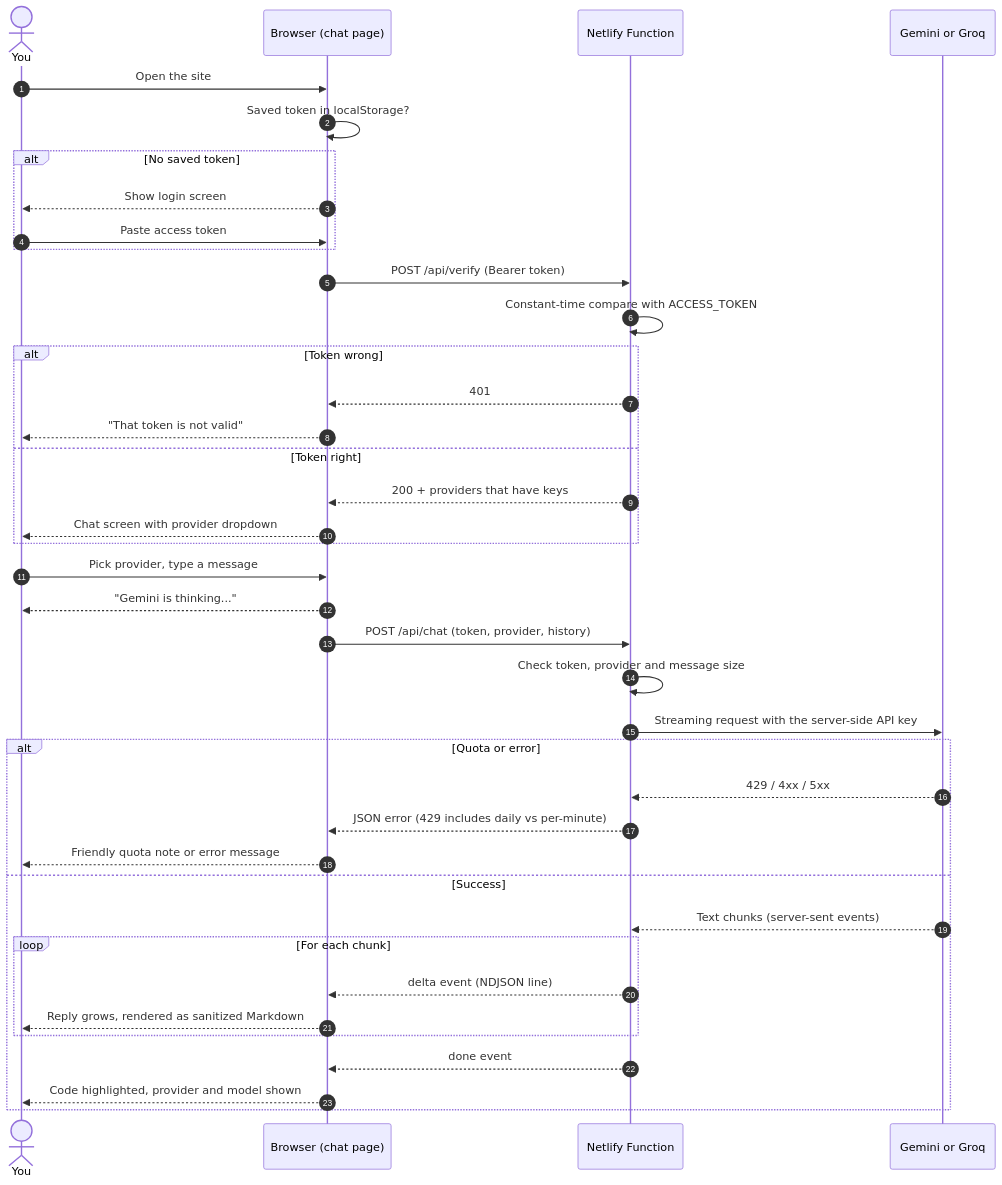
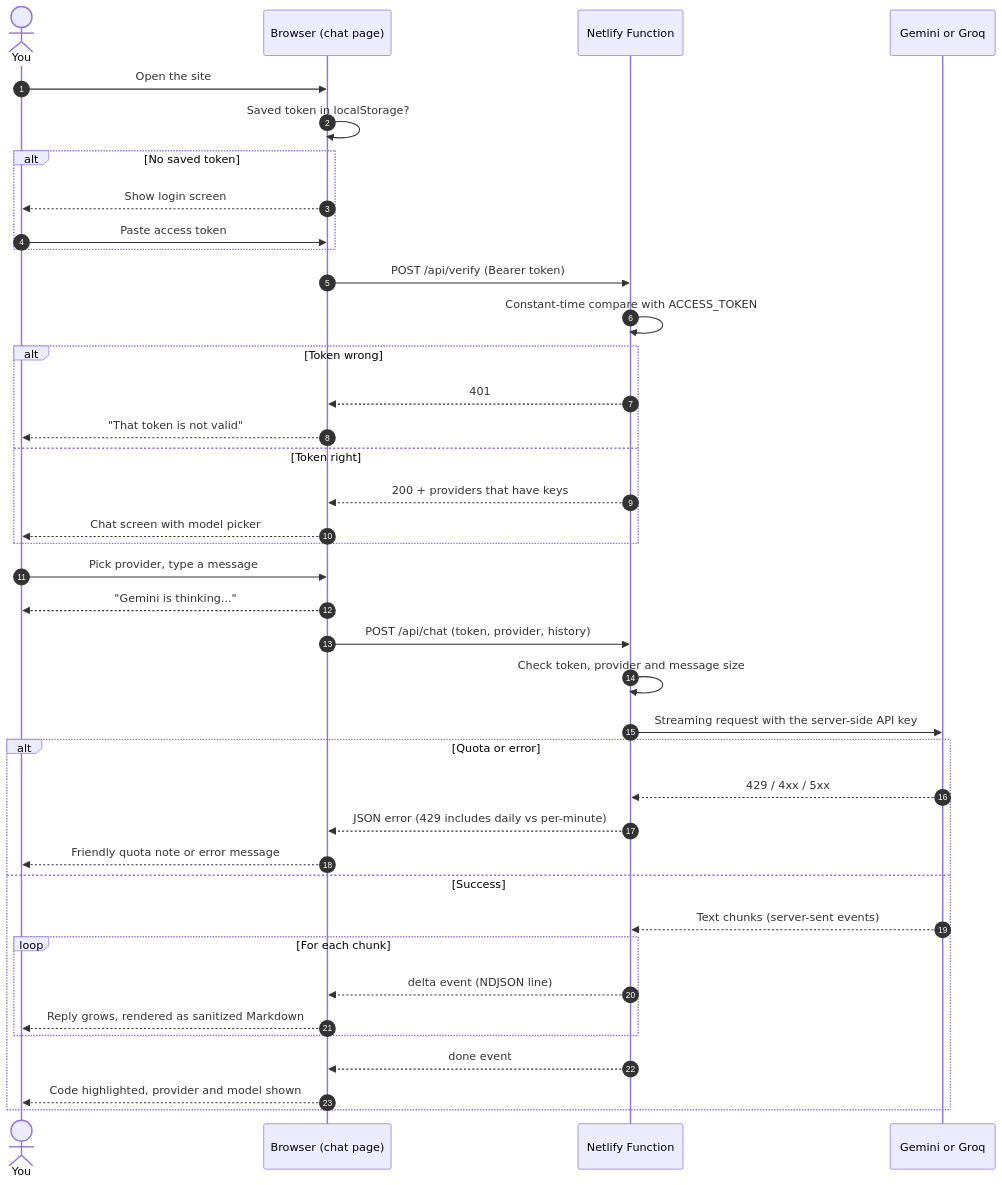
Before and after one commit to willamesoares/llmate: the second of 2 diagrams in README.md, drawn with Mermaid. The commit also changed other lines of this file and 9 other files, not shown here.

First line of the commit message:
Pick a model, grouped by provider, instead of a provider

````diff
--- a/README.md
+++ b/README.md
@@ -135,43 +129,43 @@
 ```mermaid
 sequenceDiagram
     autonumber
     actor You
     participant UI as Browser (chat page)
     participant FN as Netlify Function
     participant P as Gemini or Groq
 
     You->>UI: Open the site
     UI->>UI: Saved token in localStorage?
     alt No saved token
         UI-->>You: Show login screen
         You->>UI: Paste access token
     end
     UI->>FN: POST /api/verify (Bearer token)
     FN->>FN: Constant-time compare with ACCESS_TOKEN
     alt Token wrong
         FN-->>UI: 401
         UI-->>You: "That token is not valid"
     else Token right
         FN-->>UI: 200 + providers that have keys
-        UI-->>You: Chat screen with provider dropdown
+        UI-->>You: Chat screen with model picker
     end
 
     You->>UI: Pick provider, type a message
     UI-->>You: "Gemini is thinking..."
     UI->>FN: POST /api/chat (token, provider, history)
     FN->>FN: Check token, provider and message size
     FN->>P: Streaming request with the server-side API key
     alt Quota or error
         P-->>FN: 429 / 4xx / 5xx
         FN-->>UI: JSON error (429 includes daily vs per-minute)
         UI-->>You: Friendly quota note or error message
     else Success
         P-->>FN: Text chunks (server-sent events)
         loop For each chunk
             FN-->>UI: delta event (NDJSON line)
             UI-->>You: Reply grows, rendered as sanitized Markdown
         end
         FN-->>UI: done event
         UI-->>You: Code highlighted, provider and model shown
     end
 ```
````
